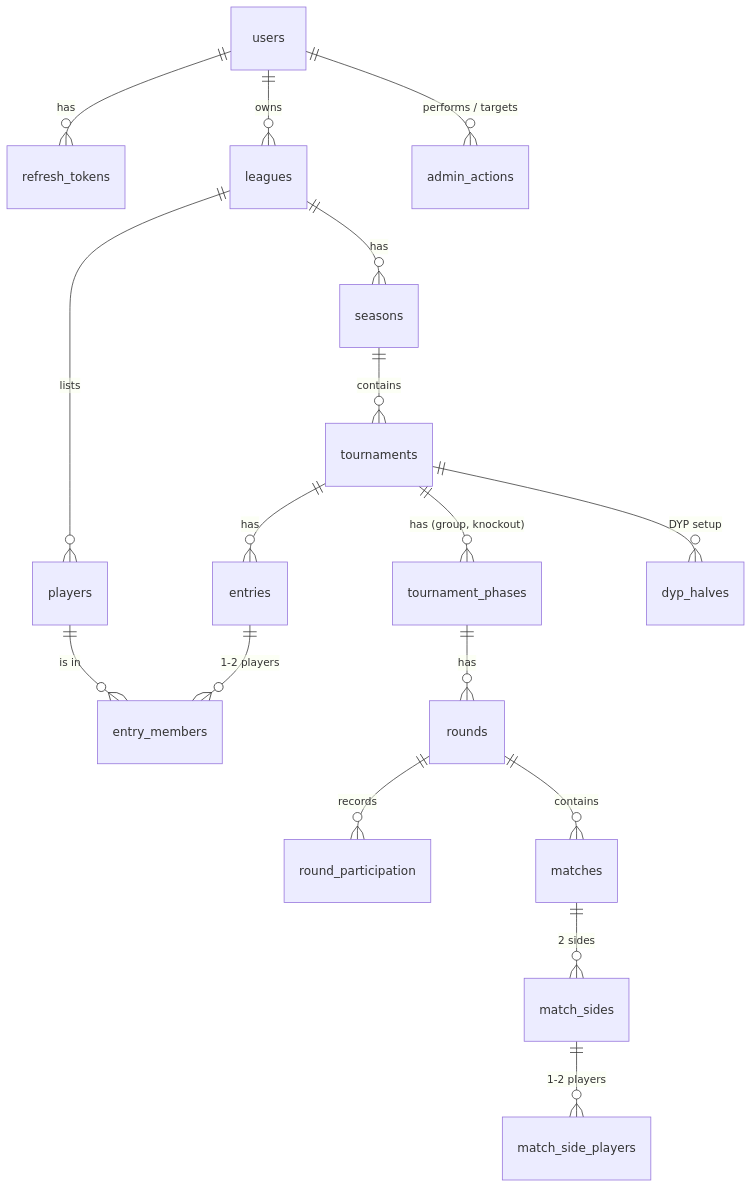
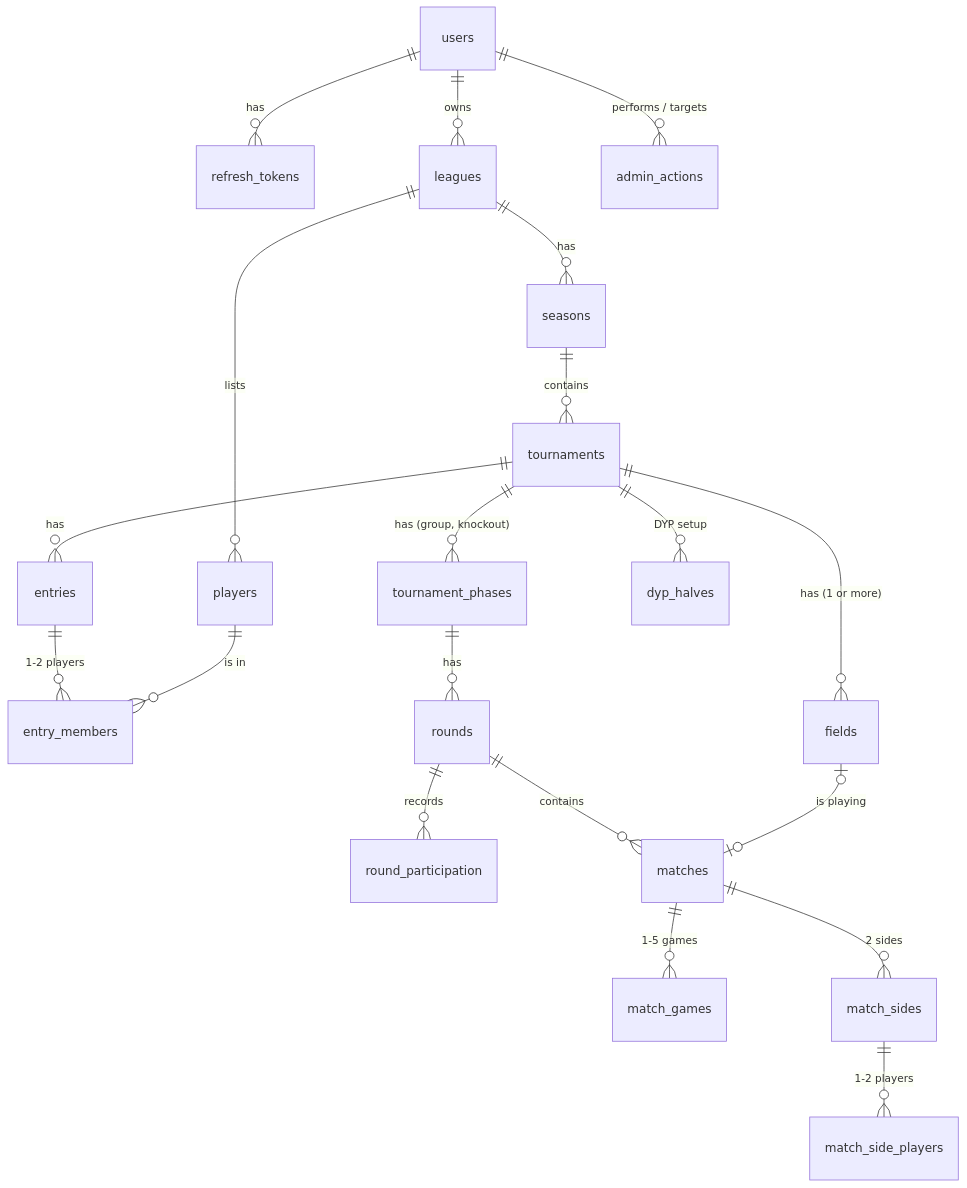
One commit to dejvicek/tourneyhub changed the diagram in DATA-MODEL.md. Above: the diagram before and after it, drawn with Mermaid. The commit also changed other lines of this file, not shown here.

First line of the commit message:
📝 docs(data-model): add fields, game scores, match formats and league defaults

````diff
--- a/DATA-MODEL.md
+++ b/DATA-MODEL.md
@@ -56,19 +61,22 @@
 ```mermaid
 erDiagram
     users ||--o{ refresh_tokens : has
     users ||--o{ leagues : owns
     users ||--o{ admin_actions : "performs / targets"
     leagues ||--o{ players : lists
     leagues ||--o{ seasons : has
     seasons ||--o{ tournaments : contains
     tournaments ||--o{ tournament_phases : "has (group, knockout)"
     tournaments ||--o{ entries : has
     tournaments ||--o{ dyp_halves : "DYP setup"
     entries ||--o{ entry_members : "1-2 players"
     players ||--o{ entry_members : "is in"
     tournament_phases ||--o{ rounds : has
     rounds ||--o{ round_participation : records
     rounds ||--o{ matches : contains
+    tournaments ||--o{ fields : "has (1 or more)"
+    fields |o--o| matches : "is playing"
+    matches ||--o{ match_games : "1-5 games"
     matches ||--o{ match_sides : "2 sides"
     match_sides ||--o{ match_side_players : "1-2 players"
 ```
````
